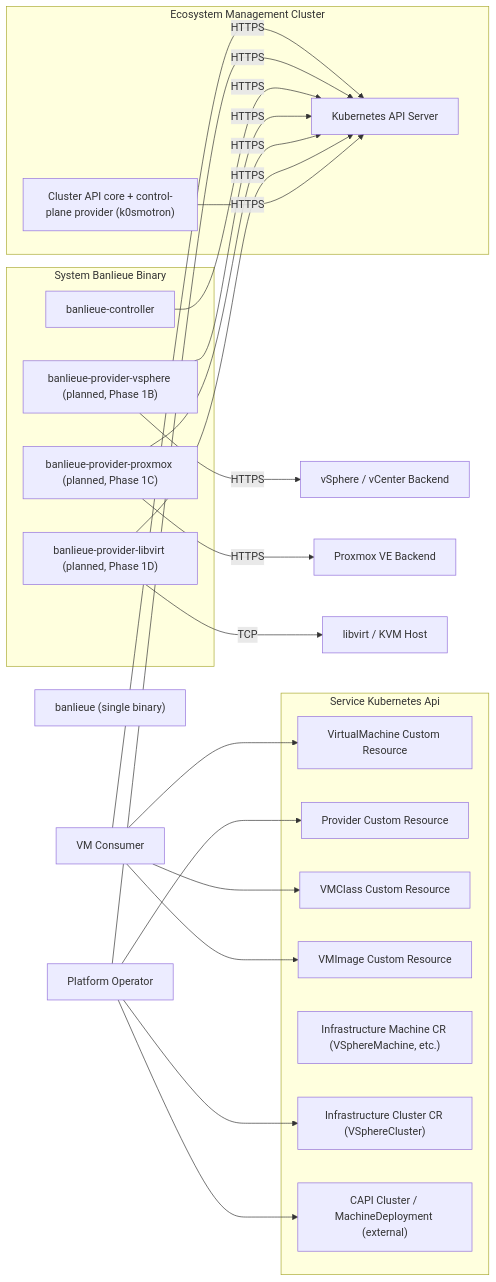
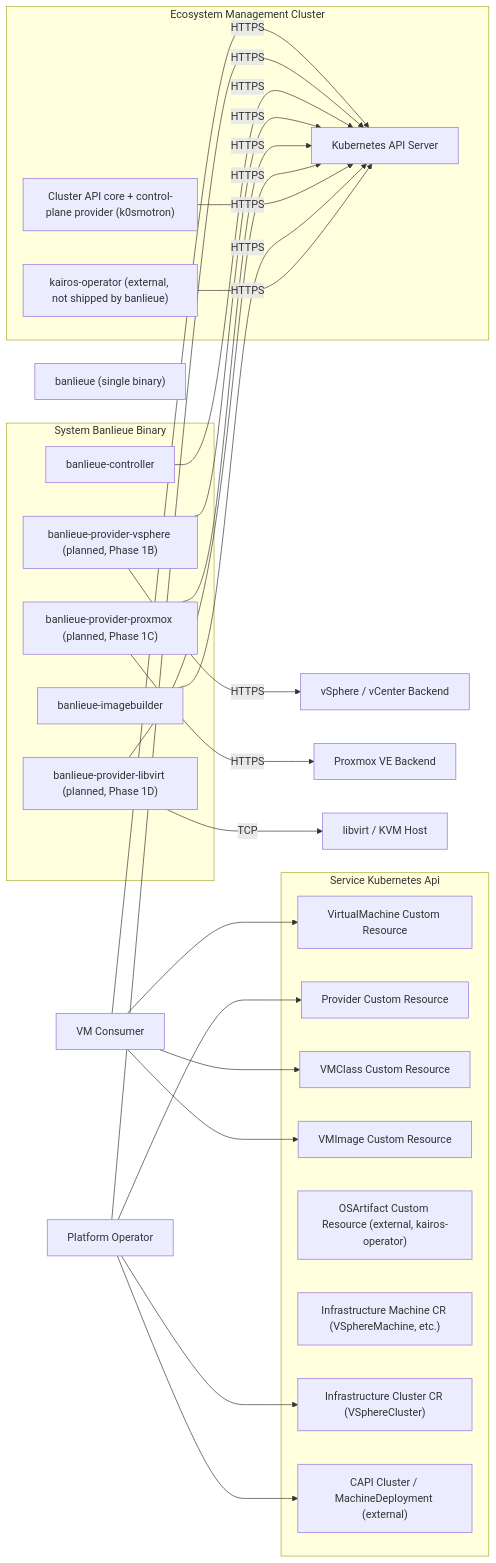
The diagram in docs/src/architecture/system.md (firestoned/banlieue), drawn with Mermaid before and after one commit. The commit also changed 68 other files, not shown here.

Commit message:
Add new crate "banlieue-imagebuilder" and a comprehensive script that bootstraps a k0s based cluster in libvirt environment

````diff
--- a/docs/src/architecture/system.md
+++ b/docs/src/architecture/system.md
@@ -22,61 +22,70 @@
 ```mermaid
 flowchart LR
     actor-vm-consumer["VM Consumer"]
     actor-platform-operator["Platform Operator"]
     service-kubernetes-api["Kubernetes API Server"]
     service-banlieue-controller["banlieue-controller"]
     service-provider-vsphere["banlieue-provider-vsphere (planned, Phase 1B)"]
     service-provider-proxmox["banlieue-provider-proxmox (planned, Phase 1C)"]
     service-provider-libvirt["banlieue-provider-libvirt (planned, Phase 1D)"]
+    service-banlieue-imagebuilder["banlieue-imagebuilder"]
+    service-kairos-operator["kairos-operator (external, not shipped by banlieue)"]
     system-banlieue-binary["banlieue (single binary)"]
     network-vsphere-backend["vSphere / vCenter Backend"]
     network-proxmox-backend["Proxmox VE Backend"]
     network-libvirt-backend["libvirt / KVM Host"]
     data-asset-virtualmachine-cr["VirtualMachine Custom Resource"]
     data-asset-provider-cr["Provider Custom Resource"]
     data-asset-vmclass-cr["VMClass Custom Resource"]
     data-asset-vmimage-cr["VMImage Custom Resource"]
+    data-asset-osartifact-cr["OSArtifact Custom Resource (external, kairos-operator)"]
     data-asset-infra-machine-cr["Infrastructure Machine CR (VSphereMachine, etc.)"]
     data-asset-infra-cluster-cr["Infrastructure Cluster CR (VSphereCluster)"]
     data-asset-capi-cluster-cr["CAPI Cluster / MachineDeployment (external)"]
     service-capi-core["Cluster API core + control-plane provider (k0smotron)"]
     subgraph sg_system-banlieue-binary [System Banlieue Binary]
         service-banlieue-controller
         service-provider-vsphere
         service-provider-proxmox
         service-provider-libvirt
+        service-banlieue-imagebuilder
     end
     subgraph sg_ecosystem-management-cluster [Ecosystem Management Cluster]
         service-banlieue-controller
         service-kubernetes-api
         service-capi-core
         service-provider-vsphere
         service-provider-proxmox
         service-provider-libvirt
+        service-banlieue-imagebuilder
+        service-kairos-operator
     end
     subgraph sg_service-kubernetes-api [Service Kubernetes Api]
         data-asset-virtualmachine-cr
         data-asset-provider-cr
         data-asset-vmclass-cr
         data-asset-vmimage-cr
+        data-asset-osartifact-cr
         data-asset-infra-machine-cr
         data-asset-infra-cluster-cr
         data-asset-capi-cluster-cr
     end
     actor-vm-consumer --> data-asset-virtualmachine-cr
     actor-vm-consumer --> data-asset-vmclass-cr
     actor-vm-consumer --> data-asset-vmimage-cr
     actor-platform-operator --> data-asset-provider-cr
     actor-platform-operator --> data-asset-capi-cluster-cr
     actor-platform-operator --> data-asset-infra-cluster-cr
     actor-vm-consumer -->|HTTPS| service-kubernetes-api
     actor-platform-operator -->|HTTPS| service-kubernetes-api
     service-banlieue-controller -->|HTTPS| service-kubernetes-api
     service-provider-vsphere -->|HTTPS| service-kubernetes-api
     service-provider-proxmox -->|HTTPS| service-kubernetes-api
     service-provider-libvirt -->|HTTPS| service-kubernetes-api
     service-capi-core -->|HTTPS| service-kubernetes-api
+    service-banlieue-imagebuilder -->|HTTPS| service-kubernetes-api
+    service-kairos-operator -->|HTTPS| service-kubernetes-api
     service-provider-vsphere -->|HTTPS| network-vsphere-backend
     service-provider-proxmox -->|HTTPS| network-proxmox-backend
     service-provider-libvirt -->|TCP| network-libvirt-backend
 ```
````
